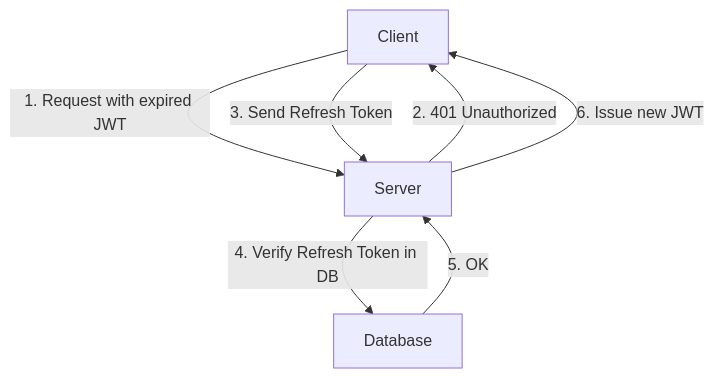
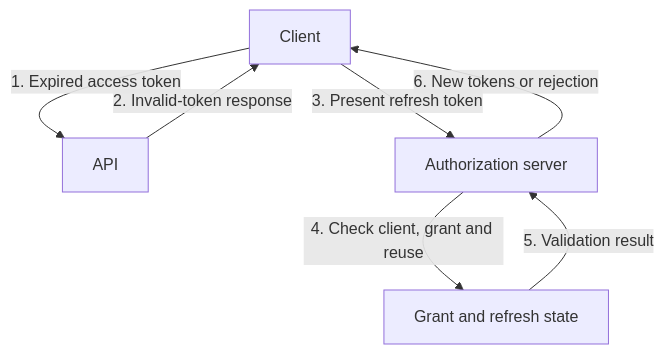
One commit to kenjinote/blog changed the third of 3 diagrams in content/post/jwt-json-web-token-security-risks/index.en.md. Above: the diagram before and after it, drawn with Mermaid. The commit also changed other lines of this file and 6 other files, not shown here.

Commit message:
Correct JWT source and English token validation and revocation explanations

````diff
--- a/content/post/jwt-json-web-token-security-risks/index.en.md
+++ b/content/post/jwt-json-web-token-security-risks/index.en.md
@@ -103,9 +84,9 @@
 ```mermaid
 graph TD
-    A["Client"] -- "1. Request with expired JWT" --> B["Server"]
-    B -- "2. 401 Unauthorized" --> A
-    A -- "3. Send Refresh Token" --> B
-    B -- "4. Verify Refresh Token in DB" --> C["Database"]
-    C -- "5. OK" --> B
-    B -- "6. Issue new JWT" --> A
+    A["Client"] -- "1. Expired access token" --> B["API"]
+    B -- "2. Invalid-token response" --> A
+    A -- "3. Present refresh token" --> C["Authorization server"]
+    C -- "4. Check client, grant and reuse" --> D["Grant and refresh state"]
+    D -- "5. Validation result" --> C
+    C -- "6. New tokens or rejection" --> A
 ```
````
